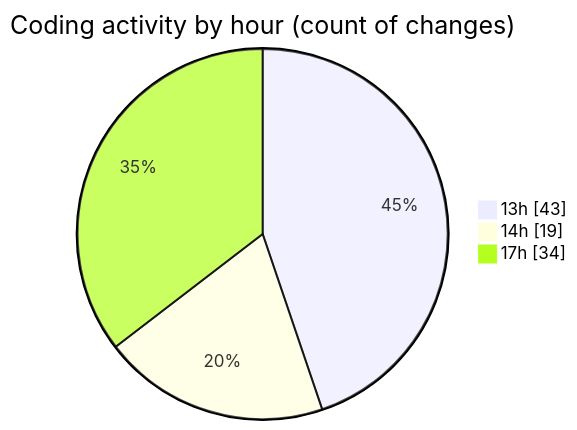
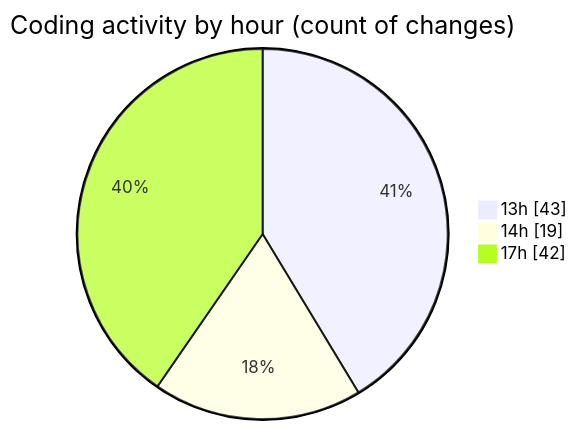
Before and after one commit to MatusMokan/code-tracking: the second of 2 diagrams in 2025-10-04/untitled__workspace_/README.md, drawn with Mermaid. The commit also changed other lines of this file and 1 other file, not shown here.

````diff
--- a/2025-10-04/untitled__workspace_/README.md
+++ b/2025-10-04/untitled__workspace_/README.md
@@ -46,7 +46,7 @@
 ```mermaid
 pie showData
 title Coding activity by hour (count of changes)
 "13h" : 43
 "14h" : 19
-"17h" : 34
+"17h" : 42
 ```
````
